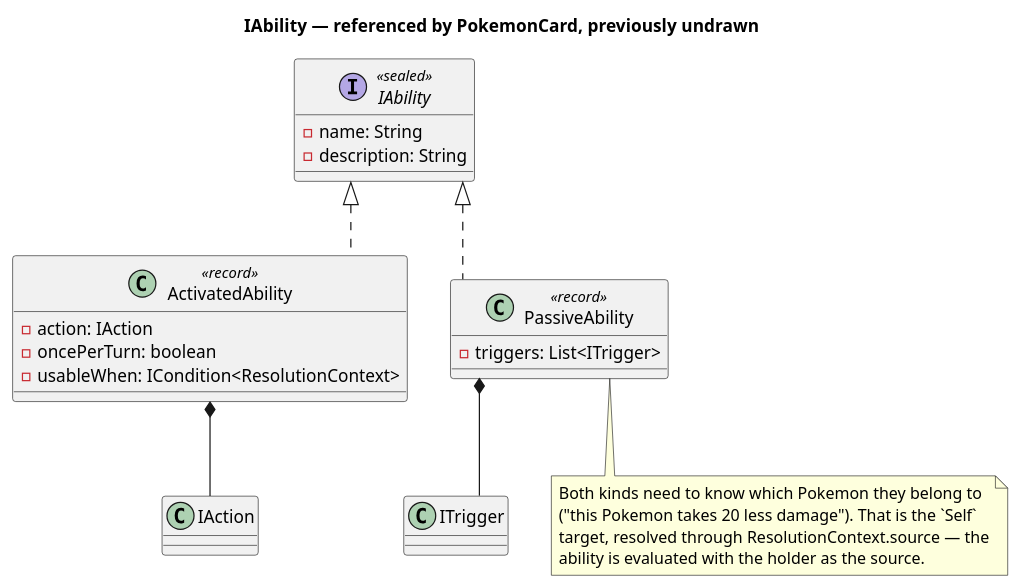
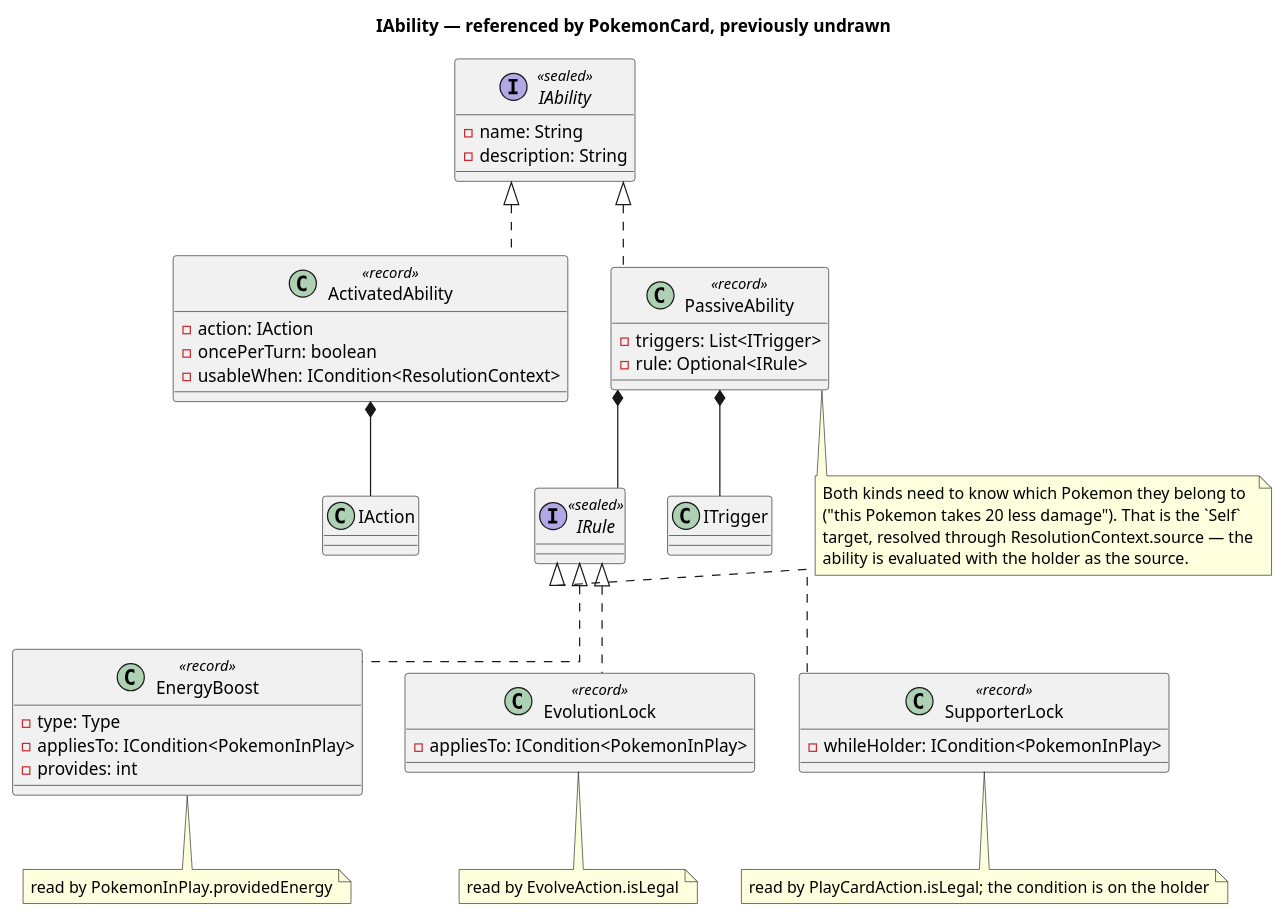
Before and after one commit to Richie-Moon/TCGPocketBattler: the diagram in docs/UML/IAbility.puml, drawn with PlantUML. The commit also changed 19 other files, not shown here.

First line of the commit message:
feat(engine): Added IRule standing rules for passive abilities

```diff
--- a/docs/UML/IAbility.puml
+++ b/docs/UML/IAbility.puml
@@ -1,40 +1,67 @@
 @startuml
 title IAbility — referenced by PokemonCard, previously undrawn
 
 skinparam linetype ortho
 
 interface IAbility <<sealed>> {
     - name: String
     - description: String
 }
 
 /'
   The player spends part of their turn to use it. Surfaced by
   TurnEngine.legalActions as a UseAbilityAction. See IAction.puml.
 '/
 class ActivatedAbility <<record>> implements IAbility {
     - action: IAction
     - oncePerTurn: boolean
     - usableWhen: ICondition<ResolutionContext>
 }
 
 /'
   Always on. Implemented entirely as triggers, exactly like ToolCard and
   StadiumCard, so nothing new is needed to dispatch them: TriggerDispatcher.collect
   walks abilities on the board along with everything else. See ITrigger.puml.
 '/
 class PassiveAbility <<record>> implements IAbility {
     - triggers: List<ITrigger>
+    - rule: Optional<IRule>
 }
+
+/'
+  Passives that are read, not fired: they must hold at every moment, through
+  benching, evolving and switching mid-turn. Side.standingRules walks the board on
+  each call and pairs each rule with its holder (Side.HeldRule); each rule is
+  read by exactly one place in the engine.
+'/
+interface IRule <<sealed>>
+
+class EnergyBoost <<record>> implements IRule {
+    - type: Type
+    - appliesTo: ICondition<PokemonInPlay>
+    - provides: int
+}
+note bottom of EnergyBoost : read by PokemonInPlay.providedEnergy
+
+class EvolutionLock <<record>> implements IRule {
+    - appliesTo: ICondition<PokemonInPlay>
+}
+note bottom of EvolutionLock : read by EvolveAction.isLegal
+
+class SupporterLock <<record>> implements IRule {
+    - whileHolder: ICondition<PokemonInPlay>
+}
+note bottom of SupporterLock : read by PlayCardAction.isLegal; the condition is on the holder
 
 ActivatedAbility *-- IAction
 PassiveAbility *-- ITrigger
+PassiveAbility *-- IRule
 
 note bottom of PassiveAbility
   Both kinds need to know which Pokemon they belong to
   ("this Pokemon takes 20 less damage"). That is the `Self`
   target, resolved through ResolutionContext.source — the
   ability is evaluated with the holder as the source.
 end note
 
 @enduml
```
